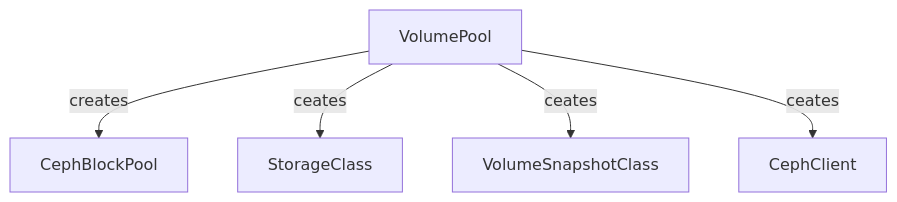
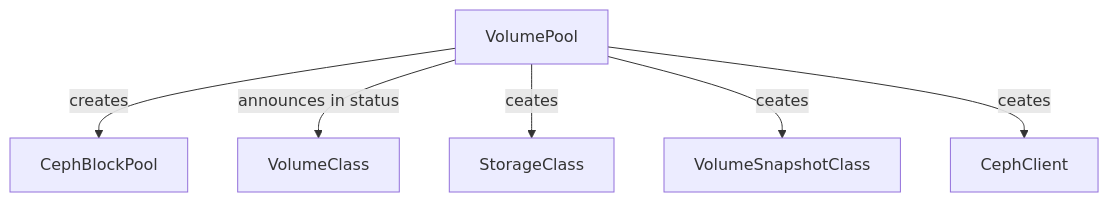
The third of 4 diagrams in docs/architecture/README.md (ironcore-dev/ceph-provider), drawn with Mermaid before and after one commit.

````diff
--- a/docs/architecture/README.md
+++ b/docs/architecture/README.md
@@ -61,7 +61,8 @@
 ```mermaid
 graph TD
     VP[VolumePool] -- creates --> CephBlockPool
+    VP -- announces in status --> VC[VolumeClass]
     VP -- ceates --> SC[StorageClass]
     VP -- ceates --> VSC[VolumeSnapshotClass]
     VP -- ceates --> CC[CephClient]
 ```
````
